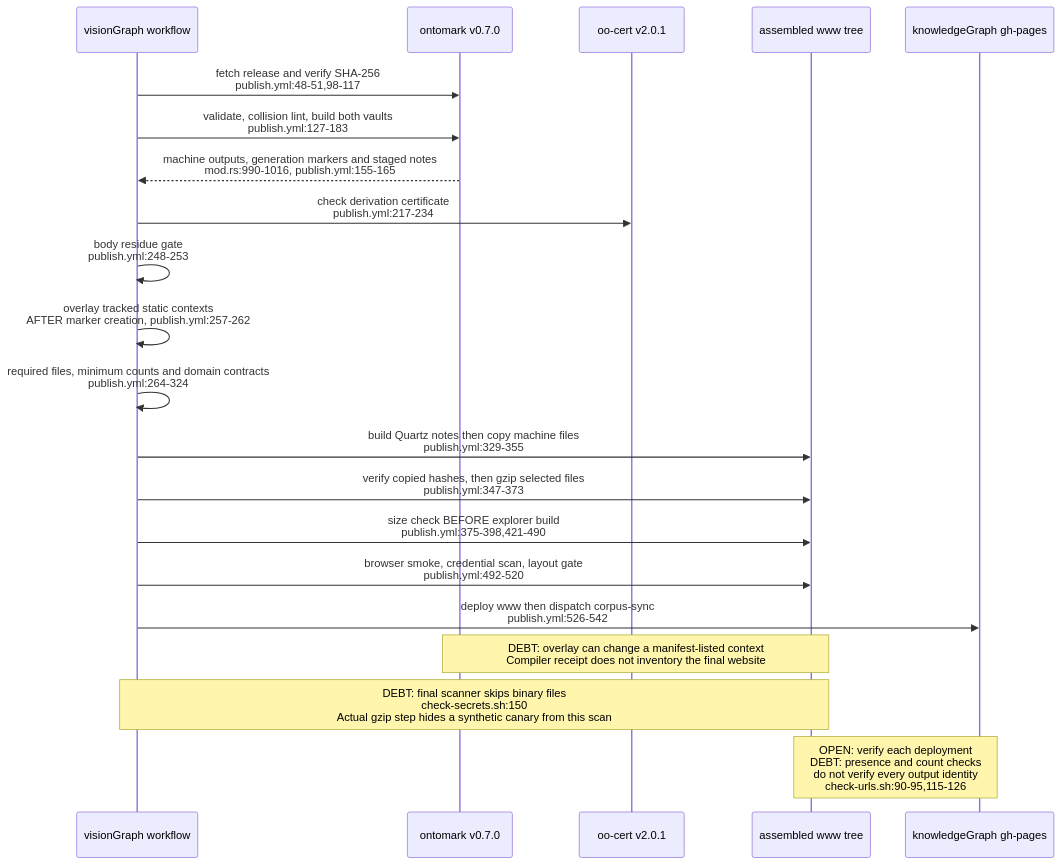
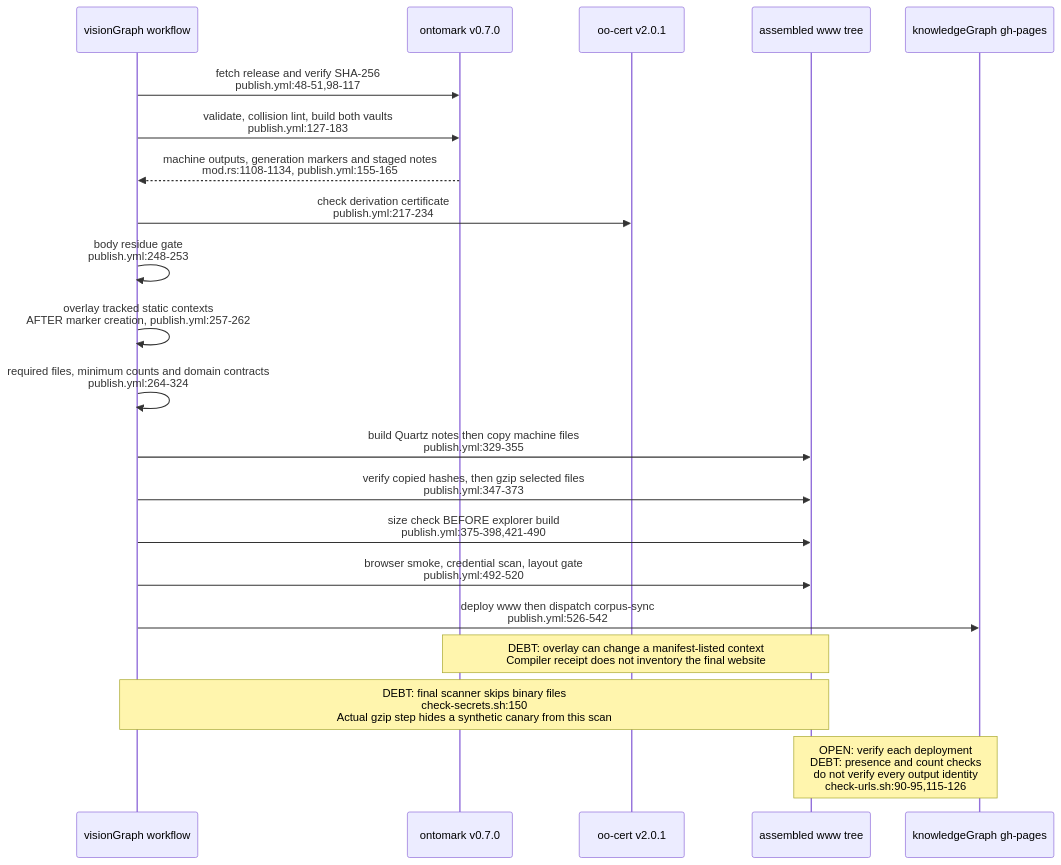
The first of 2 diagrams in docs/diagrams/knowledgegraph/05-ci-cd-and-publish.md (DreamLab-AI/VisionFlow), drawn with Mermaid before and after one commit. The commit also changed other lines of this file and 154 other files, not shown here.

First line of the commit message:
docs(diagrams): re-stamp 154 topics whose every citation still reads the same text at the current heads

````diff
--- a/docs/diagrams/knowledgegraph/05-ci-cd-and-publish.md
+++ b/docs/diagrams/knowledgegraph/05-ci-cd-and-publish.md
@@ -31,23 +31,23 @@
 ```mermaid
 sequenceDiagram
     participant V as visionGraph workflow
     participant O as ontomark v0.7.0
     participant C as oo-cert v2.0.1
     participant S as assembled www tree
     participant G as knowledgeGraph gh-pages
     V->>O: fetch release and verify SHA-256<br/>publish.yml:48-51,98-117
     V->>O: validate, collision lint, build both vaults<br/>publish.yml:127-183
-    O-->>V: machine outputs, generation markers and staged notes<br/>mod.rs:990-1016, publish.yml:155-165
+    O-->>V: machine outputs, generation markers and staged notes<br/>mod.rs:1108-1134, publish.yml:155-165
     V->>C: check derivation certificate<br/>publish.yml:217-234
     V->>V: body residue gate<br/>publish.yml:248-253
     V->>V: overlay tracked static contexts<br/>AFTER marker creation, publish.yml:257-262
     V->>V: required files, minimum counts and domain contracts<br/>publish.yml:264-324
     V->>S: build Quartz notes then copy machine files<br/>publish.yml:329-355
     V->>S: verify copied hashes, then gzip selected files<br/>publish.yml:347-373
     V->>S: size check BEFORE explorer build<br/>publish.yml:375-398,421-490
     V->>S: browser smoke, credential scan, layout gate<br/>publish.yml:492-520
     V->>G: deploy www then dispatch corpus-sync<br/>publish.yml:526-542
     Note over O,S: DEBT: overlay can change a manifest-listed context<br/>Compiler receipt does not inventory the final website
     Note over V,S: DEBT: final scanner skips binary files<br/>check-secrets.sh:150<br/>Actual gzip step hides a synthetic canary from this scan
     Note over S,G: OPEN: verify each deployment<br/>DEBT: presence and count checks<br/>do not verify every output identity<br/>check-urls.sh:90-95,115-126
 ```
````
